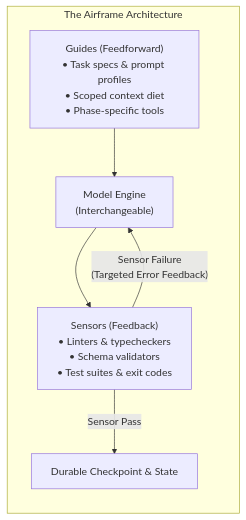
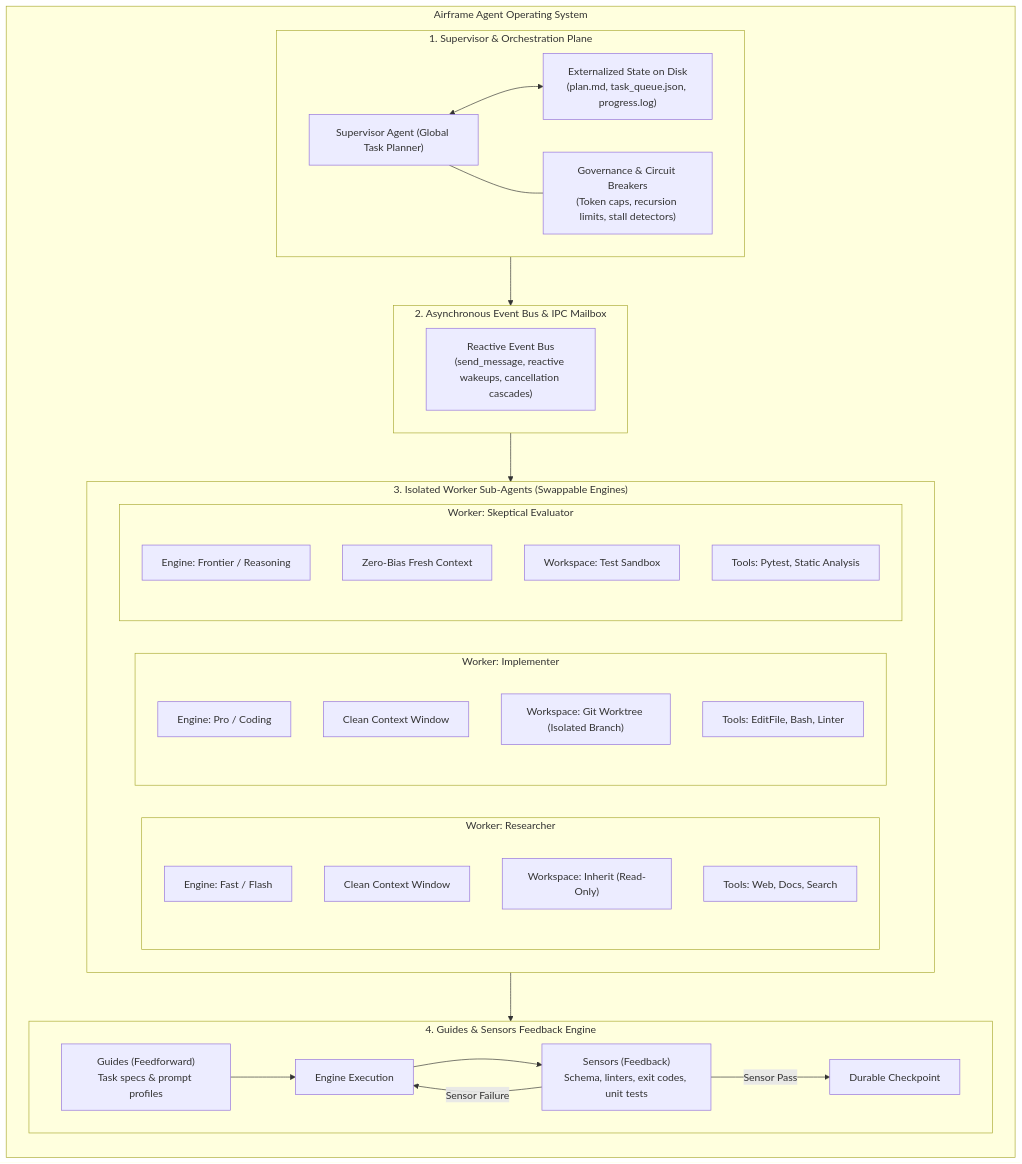
The diagram in REQUIREMENTS.md (write2munish/airframe), drawn with Mermaid before and after one commit. The commit also changed other lines of this file and 1 other file, not shown here.

Commit message:
feat(spec): add multi-agent, isolation, long-running shift, and governance requirements (FR-8 to FR-14)

````diff
--- a/REQUIREMENTS.md
+++ b/REQUIREMENTS.md
@@ -18,11 +19,55 @@
 ```mermaid
-flowchart LR
-    subgraph Airframe["The Airframe Architecture"]
+flowchart TD
+    subgraph AirframeOS["Airframe Agent Operating System"]
         direction TB
-        G["Guides (Feedforward)\n• Task specs & prompt profiles\n• Scoped context diet\n• Phase-specific tools"]
-        --> M["Model Engine\n(Interchangeable)"]
-        --> S["Sensors (Feedback)\n• Linters & typecheckers\n• Schema validators\n• Test suites & exit codes"]
-        S -- "Sensor Failure\n(Targeted Error Feedback)" --> M
-        S -- "Sensor Pass" --> C["Durable Checkpoint & State"]
+
+        subgraph SupervisorPlane["1. Supervisor & Orchestration Plane"]
+            SUP["Supervisor Agent (Global Task Planner)"]
+            MEM["Externalized State on Disk\n(plan.md, task_queue.json, progress.log)"]
+            GOV["Governance & Circuit Breakers\n(Token caps, recursion limits, stall detectors)"]
+            SUP <--> MEM
+            SUP --- GOV
+        end
+
+        subgraph IPC["2. Asynchronous Event Bus & IPC Mailbox"]
+            BUS["Reactive Event Bus\n(send_message, reactive wakeups, cancellation cascades)"]
+        end
+
+        subgraph WorkerFleet["3. Isolated Worker Sub-Agents (Swappable Engines)"]
+            direction LR
+
+            subgraph WorkerA["Worker: Researcher"]
+                WA_M["Engine: Fast / Flash"]
+                WA_CTX["Clean Context Window"]
+                WA_FS["Workspace: Inherit (Read-Only)"]
+                WA_T["Tools: Web, Docs, Search"]
+            end
+
+            subgraph WorkerB["Worker: Implementer"]
+                WB_M["Engine: Pro / Coding"]
+                WB_CTX["Clean Context Window"]
+                WB_FS["Workspace: Git Worktree (Isolated Branch)"]
+                WB_T["Tools: EditFile, Bash, Linter"]
+            end
+
+            subgraph WorkerC["Worker: Skeptical Evaluator"]
+                WC_M["Engine: Frontier / Reasoning"]
+                WC_CTX["Zero-Bias Fresh Context"]
+                WC_FS["Workspace: Test Sandbox"]
+                WC_T["Tools: Pytest, Static Analysis"]
+            end
+        end
+
+        subgraph FeedbackLoop["4. Guides & Sensors Feedback Engine"]
+            G["Guides (Feedforward)\nTask specs & prompt profiles"]
+            --> M["Engine Execution"]
+            --> S["Sensors (Feedback)\nSchema, linters, exit codes, unit tests"]
+            S -- "Sensor Failure" --> M
+            S -- "Sensor Pass" --> CHK["Durable Checkpoint"]
+        end
     end
+
+    SupervisorPlane --> IPC
+    IPC --> WorkerFleet
+    WorkerFleet --> FeedbackLoop
 ```
````
